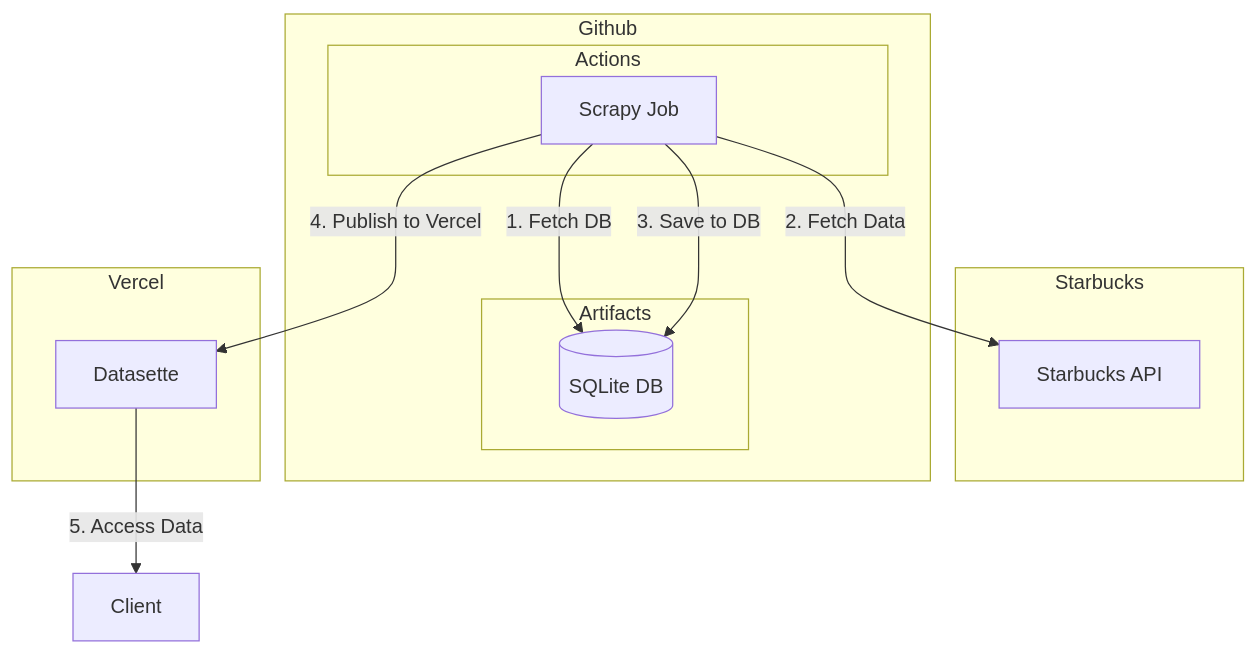
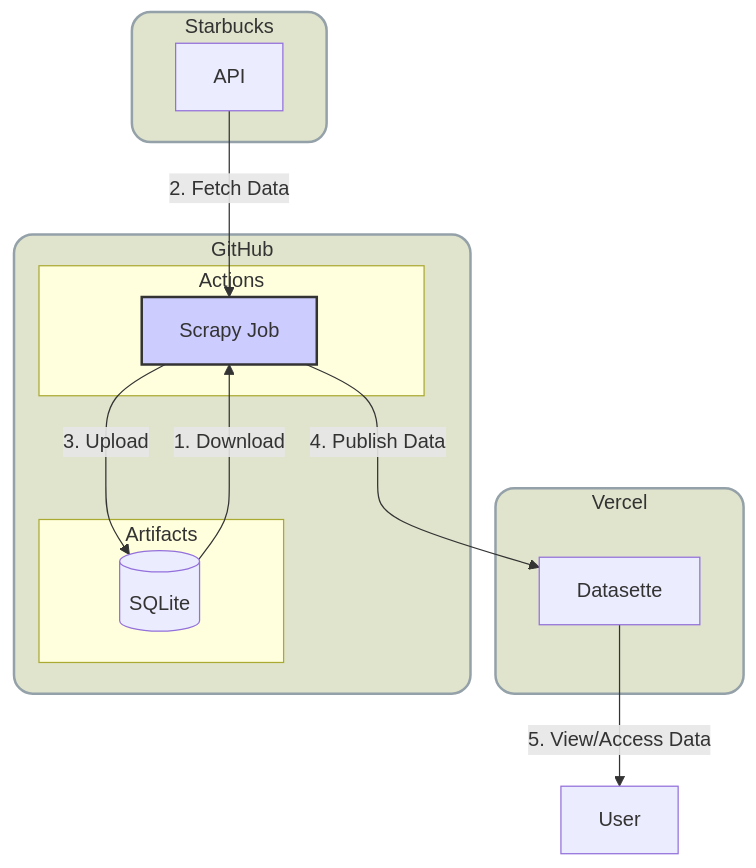
One commit to ngshiheng/starbucksdb changed the first of 2 diagrams in README.md. Above: the diagram before and after it, drawn with Mermaid.

Commit message:
docs: update diagram styling

````diff
--- a/README.md
+++ b/README.md
@@ -9,26 +9,36 @@
 ```mermaid
 graph TB
-    subgraph Starbucks
-        api[Starbucks API]
+    %% Define styles
+    classDef cloudStyle fill:#e0e4cc,stroke:#94a1a9,stroke-width:2px,rx:15,ry:15;
+    classDef actions fill:#ccf,stroke:#333,stroke-width:2px;
+
+    subgraph Vercel
+        deployment[Datasette]
+        class deployment vercel;
     end
 
-    subgraph Github
+    subgraph GitHub
         subgraph Actions
             scraper[Scrapy Job]
+            class scraper actions;
         end
         subgraph Artifacts
-            db[(SQLite DB)]
+            db[(SQLite)]
+            class db artifacts;
         end
     end
 
-
-    subgraph Vercel
-        deployment[Datasette]
+    subgraph Starbucks
+        api[API]
+        class api starbucks;
     end
 
-    scraper --> |1. Fetch DB| db
-    scraper --> |2. Fetch Data| api
-    scraper --> |3. Save to DB| db
-    scraper --> |4. Publish to Vercel | deployment
-    deployment --> |5. Access Data| client[Client]
+    db --> |1. Download| scraper
+    api --> |2. Fetch Data| scraper
+    scraper --> |3. Upload| db
+    scraper --> |4. Publish Data| deployment
+    deployment --> |5. View/Access Data| client[User]
+
+    %% Apply cloud styles
+    class Vercel,GitHub,Starbucks cloudStyle;
 ```
````
